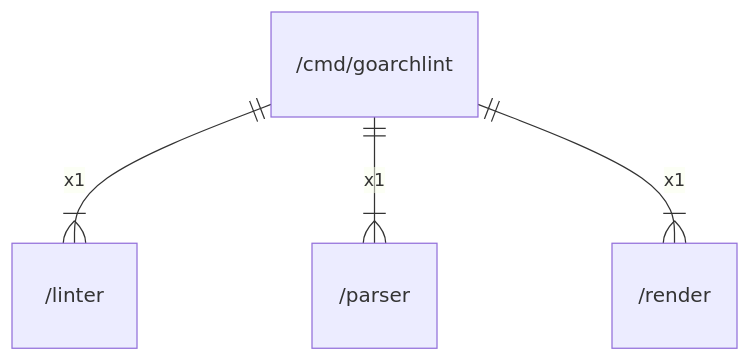
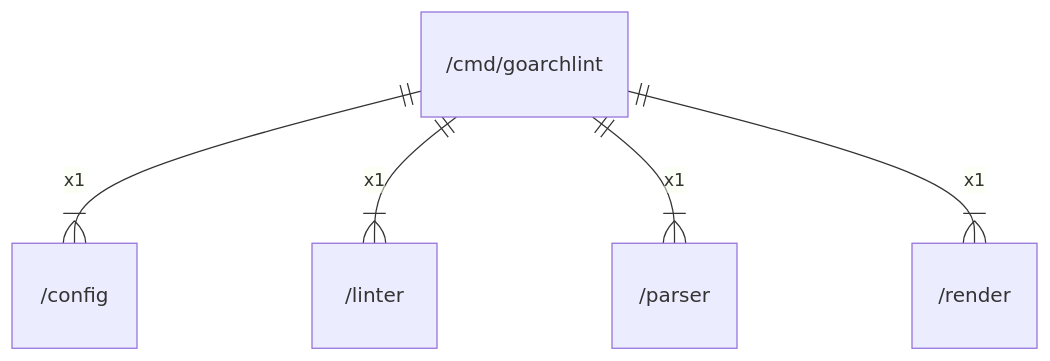
The diagram in docs/arch/cmd/goarchlint.md (gbh007/goarchlint), drawn with Mermaid before and after one commit. The commit also changed other lines of this file and 7 other files, not shown here.

````diff
--- a/docs/arch/cmd/goarchlint.md
+++ b/docs/arch/cmd/goarchlint.md
@@ -20,6 +20,7 @@
 ```mermaid
 erDiagram
+    "/cmd/goarchlint" ||--|{ "/config" : x1
     "/cmd/goarchlint" ||--|{ "/linter" : x1
     "/cmd/goarchlint" ||--|{ "/parser" : x1
     "/cmd/goarchlint" ||--|{ "/render" : x1
 ```
````
